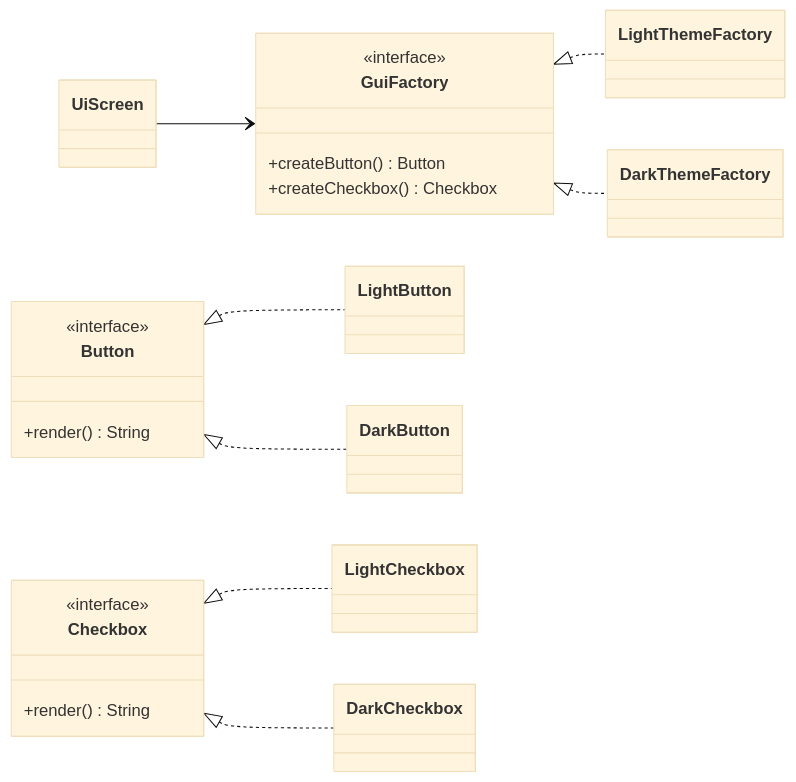
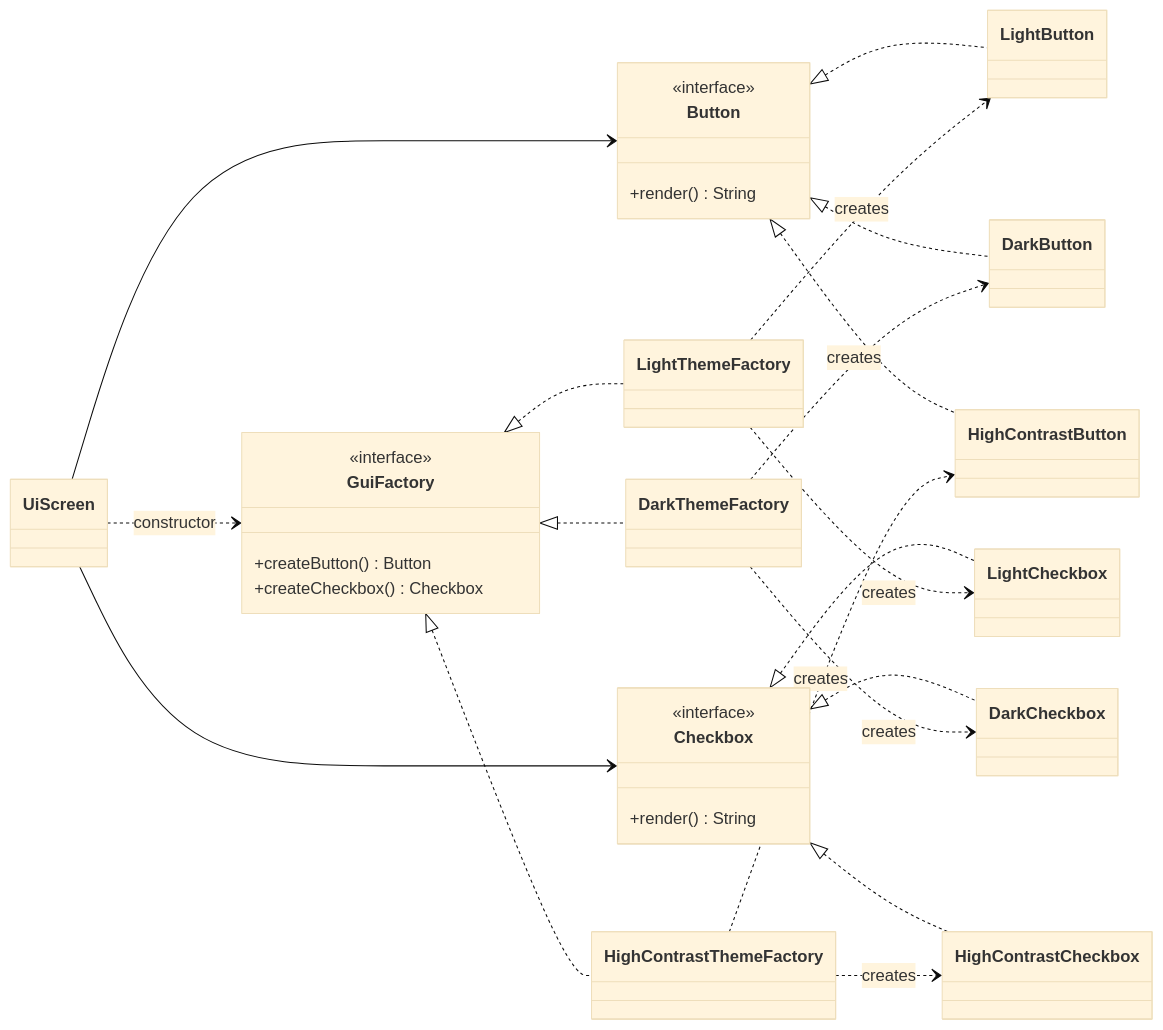
Before and after one commit to TunahanCan/design_pattern: the first of 2 diagrams in src/main/java/com/can/creational/abstractfactory/explain/abstractfactory.md, drawn with Mermaid (base theme). The commit also changed other lines of this file and 171 other files, not shown here.

````diff
--- a/src/main/java/com/can/creational/abstractfactory/explain/abstractfactory.md
+++ b/src/main/java/com/can/creational/abstractfactory/explain/abstractfactory.md
@@ -47,31 +118,35 @@
 ```mermaid
 classDiagram
     direction LR
-
     class GuiFactory {
-      <<interface>>
-      +createButton() Button
-      +createCheckbox() Checkbox
+        <<interface>>
+        +createButton() Button
+        +createCheckbox() Checkbox
     }
-
     class Button {
-      <<interface>>
-      +render() String
+        <<interface>>
+        +render() String
     }
-
     class Checkbox {
-      <<interface>>
-      +render() String
+        <<interface>>
+        +render() String
     }
-
     GuiFactory <|.. LightThemeFactory
     GuiFactory <|.. DarkThemeFactory
-
+    GuiFactory <|.. HighContrastThemeFactory
     Button <|.. LightButton
     Button <|.. DarkButton
-
+    Button <|.. HighContrastButton
     Checkbox <|.. LightCheckbox
     Checkbox <|.. DarkCheckbox
-
-    UiScreen --> GuiFactory
+    Checkbox <|.. HighContrastCheckbox
+    LightThemeFactory ..> LightButton : creates
+    LightThemeFactory ..> LightCheckbox : creates
+    DarkThemeFactory ..> DarkButton : creates
+    DarkThemeFactory ..> DarkCheckbox : creates
+    HighContrastThemeFactory ..> HighContrastButton : creates
+    HighContrastThemeFactory ..> HighContrastCheckbox : creates
+    UiScreen --> Button
+    UiScreen --> Checkbox
+    UiScreen ..> GuiFactory : constructor
 ```
````
